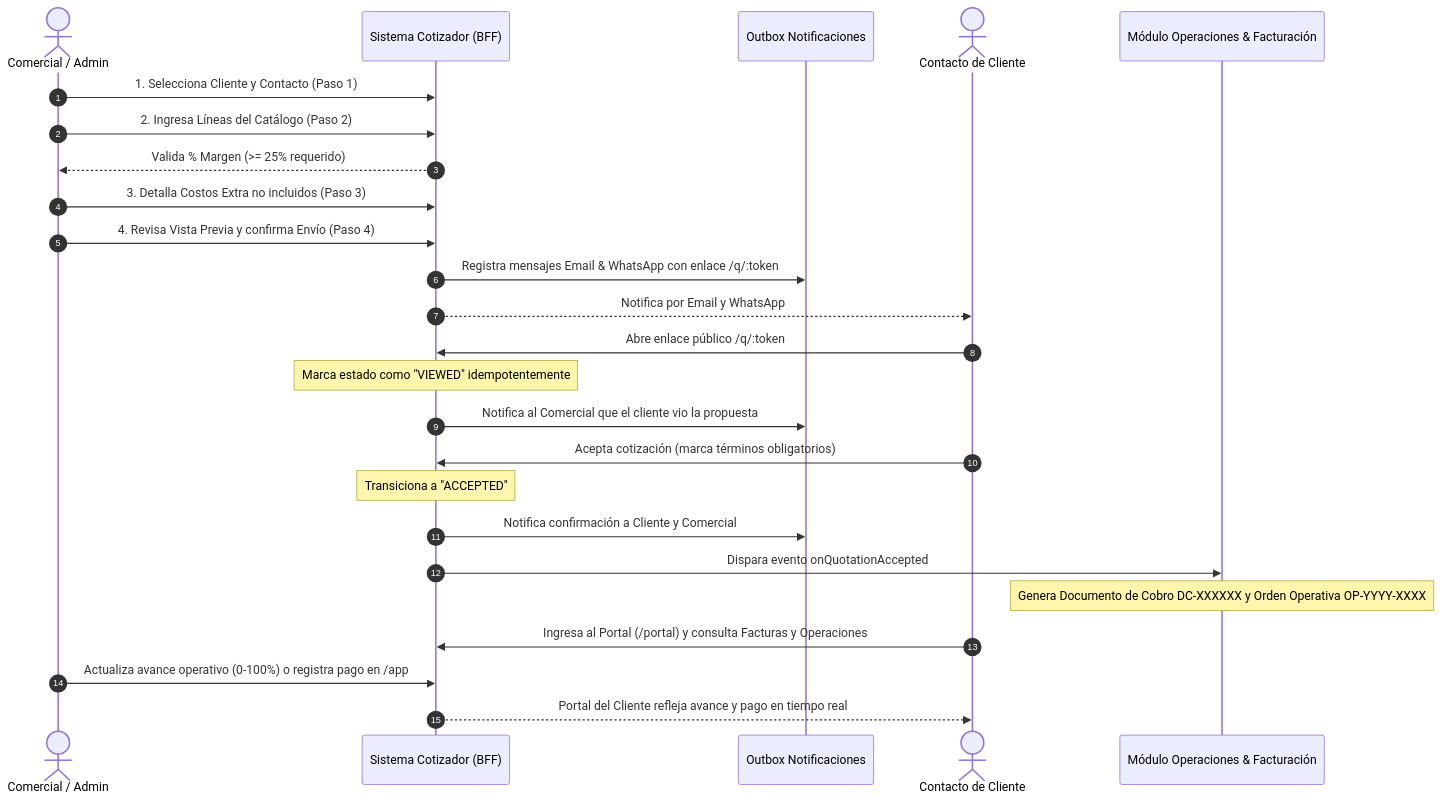
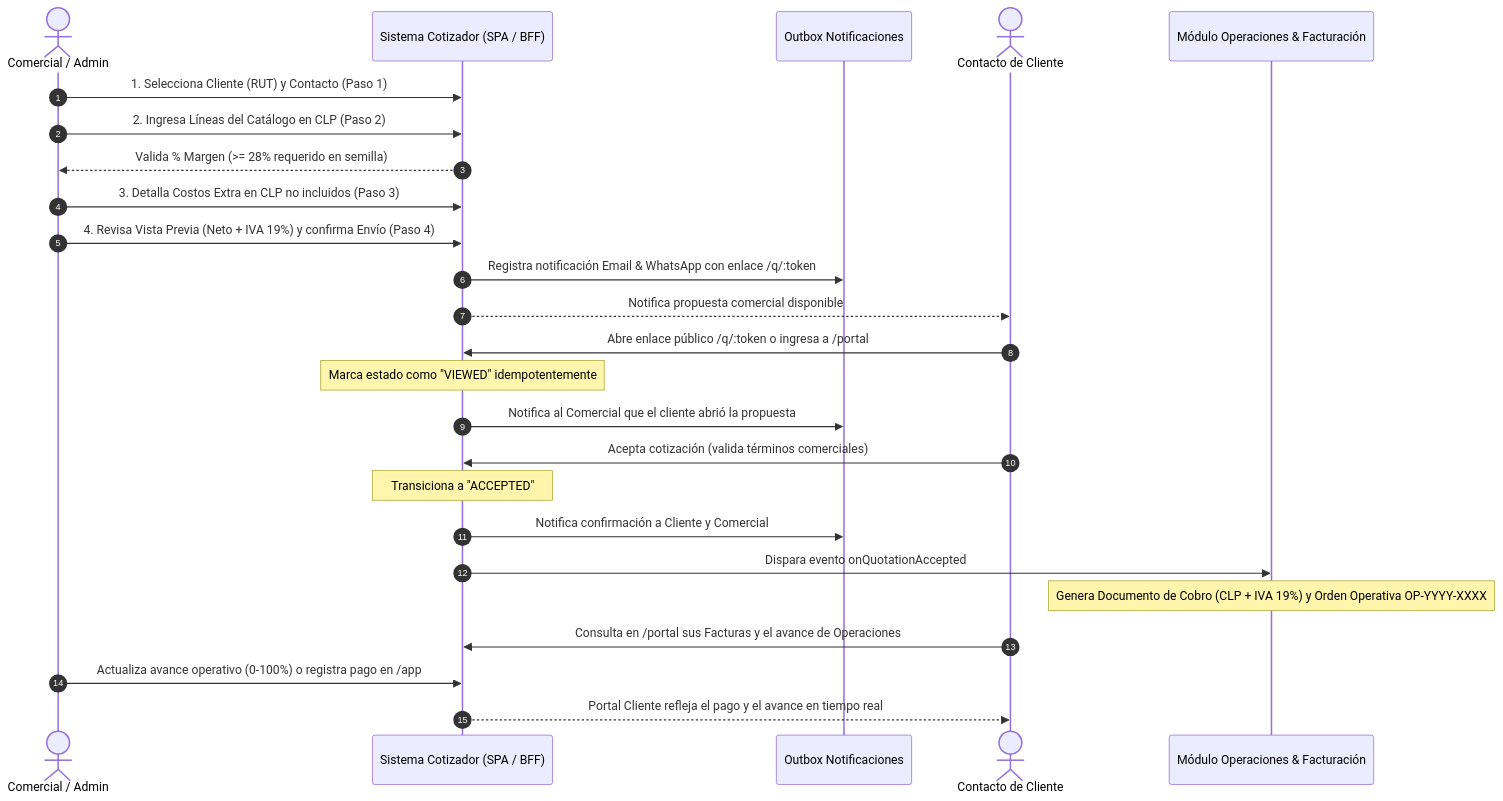
Before and after one commit to D-Araya/Cotizador_: the first of 6 diagrams in README.md, drawn with Mermaid. The commit also changed other lines of this file and 4 other files, not shown here.

````diff
--- a/README.md
+++ b/README.md
@@ -214,28 +217,28 @@
 ```mermaid
 sequenceDiagram
     autonumber
     actor Comercial as Comercial / Admin
-    participant App as Sistema Cotizador (BFF)
+    participant App as Sistema Cotizador (SPA / BFF)
     participant Outbox as Outbox Notificaciones
     actor Cliente as Contacto de Cliente
     participant Ops as Módulo Operaciones & Facturación
 
-    Comercial->>App: 1. Selecciona Cliente y Contacto (Paso 1)
-    Comercial->>App: 2. Ingresa Líneas del Catálogo (Paso 2)
-    App-->>Comercial: Valida % Margen (>= 25% requerido)
-    Comercial->>App: 3. Detalla Costos Extra no incluidos (Paso 3)
-    Comercial->>App: 4. Revisa Vista Previa y confirma Envío (Paso 4)
-    App->>Outbox: Registra mensajes Email & WhatsApp con enlace /q/:token
-    App-->>Cliente: Notifica por Email y WhatsApp
-    Cliente->>App: Abre enlace público /q/:token
+    Comercial->>App: 1. Selecciona Cliente (RUT) y Contacto (Paso 1)
+    Comercial->>App: 2. Ingresa Líneas del Catálogo en CLP (Paso 2)
+    App-->>Comercial: Valida % Margen (>= 28% requerido en semilla)
+    Comercial->>App: 3. Detalla Costos Extra en CLP no incluidos (Paso 3)
+    Comercial->>App: 4. Revisa Vista Previa (Neto + IVA 19%) y confirma Envío (Paso 4)
+    App->>Outbox: Registra notificación Email & WhatsApp con enlace /q/:token
+    App-->>Cliente: Notifica propuesta comercial disponible
+    Cliente->>App: Abre enlace público /q/:token o ingresa a /portal
     Note over App: Marca estado como "VIEWED" idempotentemente
-    App->>Outbox: Notifica al Comercial que el cliente vio la propuesta
-    Cliente->>App: Acepta cotización (marca términos obligatorios)
+    App->>Outbox: Notifica al Comercial que el cliente abrió la propuesta
+    Cliente->>App: Acepta cotización (valida términos comerciales)
     Note over App: Transiciona a "ACCEPTED"
     App->>Outbox: Notifica confirmación a Cliente y Comercial
     App->>Ops: Dispara evento onQuotationAccepted
-    Note over Ops: Genera Documento de Cobro DC-XXXXXX y Orden Operativa OP-YYYY-XXXX
-    Cliente->>App: Ingresa al Portal (/portal) y consulta Facturas y Operaciones
+    Note over Ops: Genera Documento de Cobro (CLP + IVA 19%) y Orden Operativa OP-YYYY-XXXX
+    Cliente->>App: Consulta en /portal sus Facturas y el avance de Operaciones
     Comercial->>App: Actualiza avance operativo (0-100%) o registra pago en /app
-    App-->>Cliente: Portal del Cliente refleja avance y pago en tiempo real
+    App-->>Cliente: Portal Cliente refleja el pago y el avance en tiempo real
 ```
````
